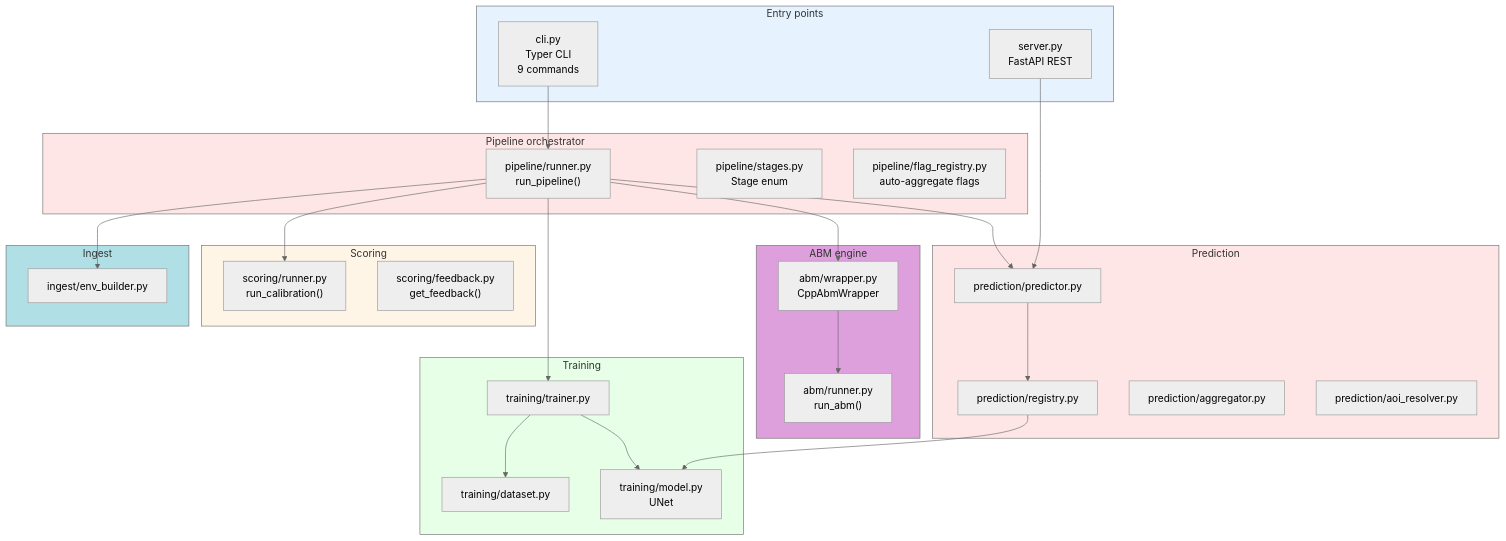
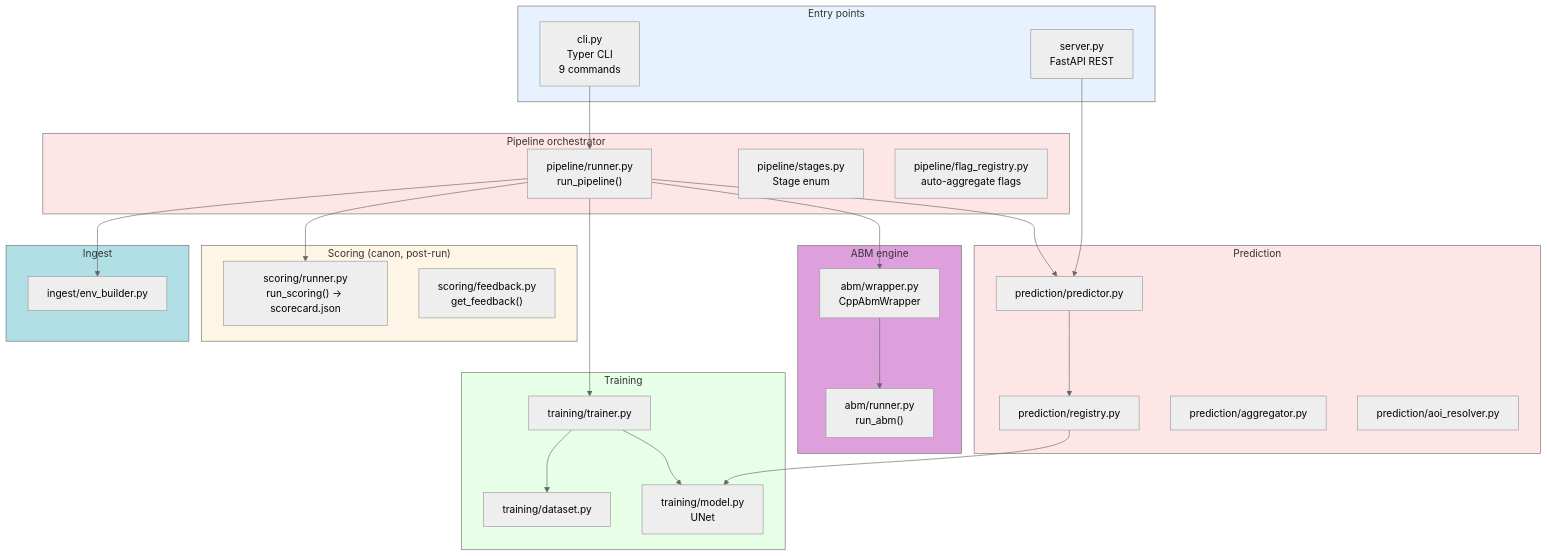
Before and after one commit to ANFAIA/MalariaSentinel: the fourth of 14 diagrams in docs/system-status.md, drawn with Mermaid (neutral theme). The commit also changed other lines of this file and 68 other files, not shown here.

````diff
--- a/docs/system-status.md
+++ b/docs/system-status.md
@@ -157,61 +157,61 @@
 ```mermaid
 graph TB
     subgraph CLI["Entry points"]
         CLI_T["cli.py<br/>Typer CLI<br/>9 commands"]
         SRV["server.py<br/>FastAPI REST"]
     end
 
     subgraph PIPELINE["Pipeline orchestrator"]
         PL["pipeline/runner.py<br/>run_pipeline()"]
         STG["pipeline/stages.py<br/>Stage enum"]
         FR["pipeline/flag_registry.py<br/>auto-aggregate flags"]
     end
 
     subgraph ABM_PKG["ABM engine"]
         WR["abm/wrapper.py<br/>CppAbmWrapper"]
         RUN_A["abm/runner.py<br/>run_abm()"]
     end
 
     subgraph PREDICCION["Prediction"]
         PRED["prediction/predictor.py"]
         REG["prediction/registry.py"]
         AIO["prediction/aggregator.py"]
         RES["prediction/aoi_resolver.py"]
     end
 
     subgraph ENTRENAMIENTO["Training"]
         TR["training/trainer.py"]
         DS["training/dataset.py"]
         UN["training/model.py<br/>UNet"]
     end
 
-    subgraph SCORING["Scoring"]
-        SCR["scoring/runner.py<br/>run_calibration()"]
+    subgraph SCORING["Scoring (canon, post-run)"]
+        SCR["scoring/runner.py<br/>run_scoring() → scorecard.json"]
         FB["scoring/feedback.py<br/>get_feedback()"]
     end
 
     subgraph INGEST["Ingest"]
         ING["ingest/env_builder.py"]
     end
 
     CLI_T --> PL
     SRV --> PRED
     PL --> WR
     PL --> SCR
     PL --> TR
     PL --> PRED
     PL --> ING
     WR --> RUN_A
     PRED --> REG
     REG --> UN
     TR --> DS
     TR --> UN
 
     style CLI fill:#E6F3FF
     style PIPELINE fill:#FFE6E6
     style ABM_PKG fill:#DDA0DD
     style PREDICCION fill:#FFE6E6
     style ENTRENAMIENTO fill:#E6FFE6
     style SCORING fill:#FFF5E6
     style INGEST fill:#B0E0E6
 ```
````
